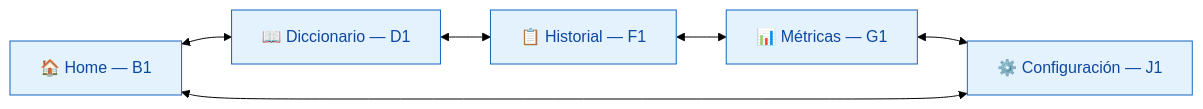
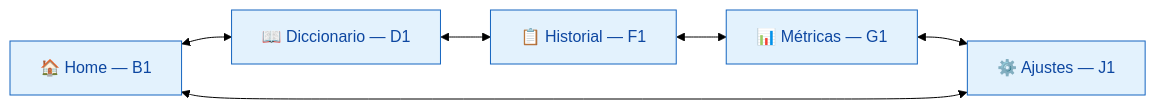
Before and after one commit to EstebanColoradoGonzalez/Tension: the second of 3 diagrams in docs/architecture/Mapa de Navegación.md, drawn with Mermaid (forest theme). The commit also changed other lines of this file and 292 other files, not shown here.

````diff
--- a/docs/architecture/Mapa de Navegación.md
+++ b/docs/architecture/Mapa de Navegación.md
@@ -719,17 +720,17 @@
 ```mermaid
 flowchart LR
 
     classDef nav fill:#E3F2FD,stroke:#1565C0,color:#0D47A1
 
     B1["🏠 Home — B1"]:::nav
     D1["📖 Diccionario — D1"]:::nav
     F1["📋 Historial — F1"]:::nav
     G1["📊 Métricas — G1"]:::nav
-    J1["⚙️ Configuración — J1"]:::nav
+    J1["⚙️ Ajustes — J1"]:::nav
 
     B1 <--> D1
     D1 <--> F1
     F1 <--> G1
     G1 <--> J1
     J1 <--> B1
 ```
````
